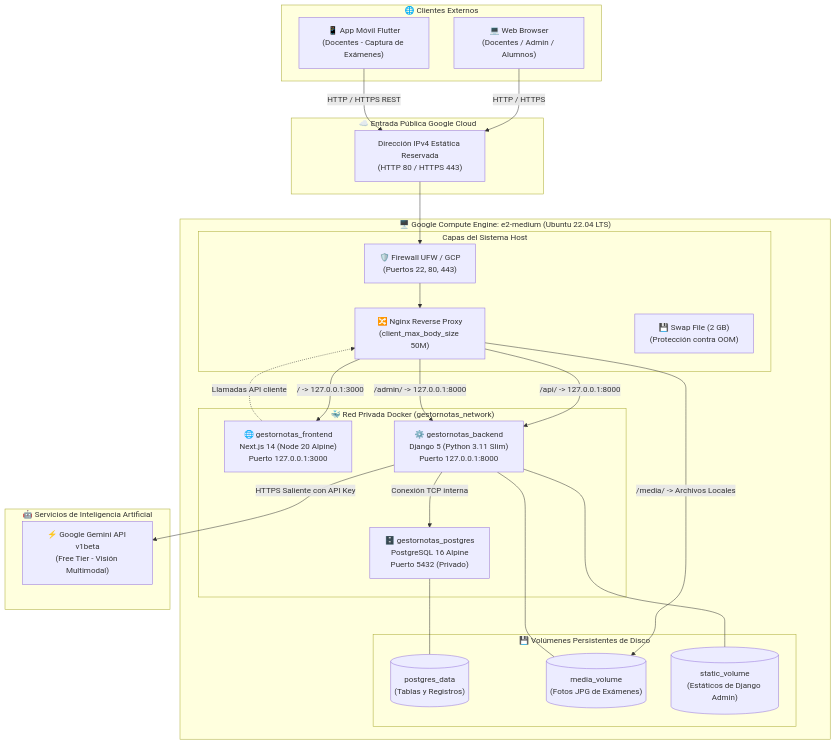
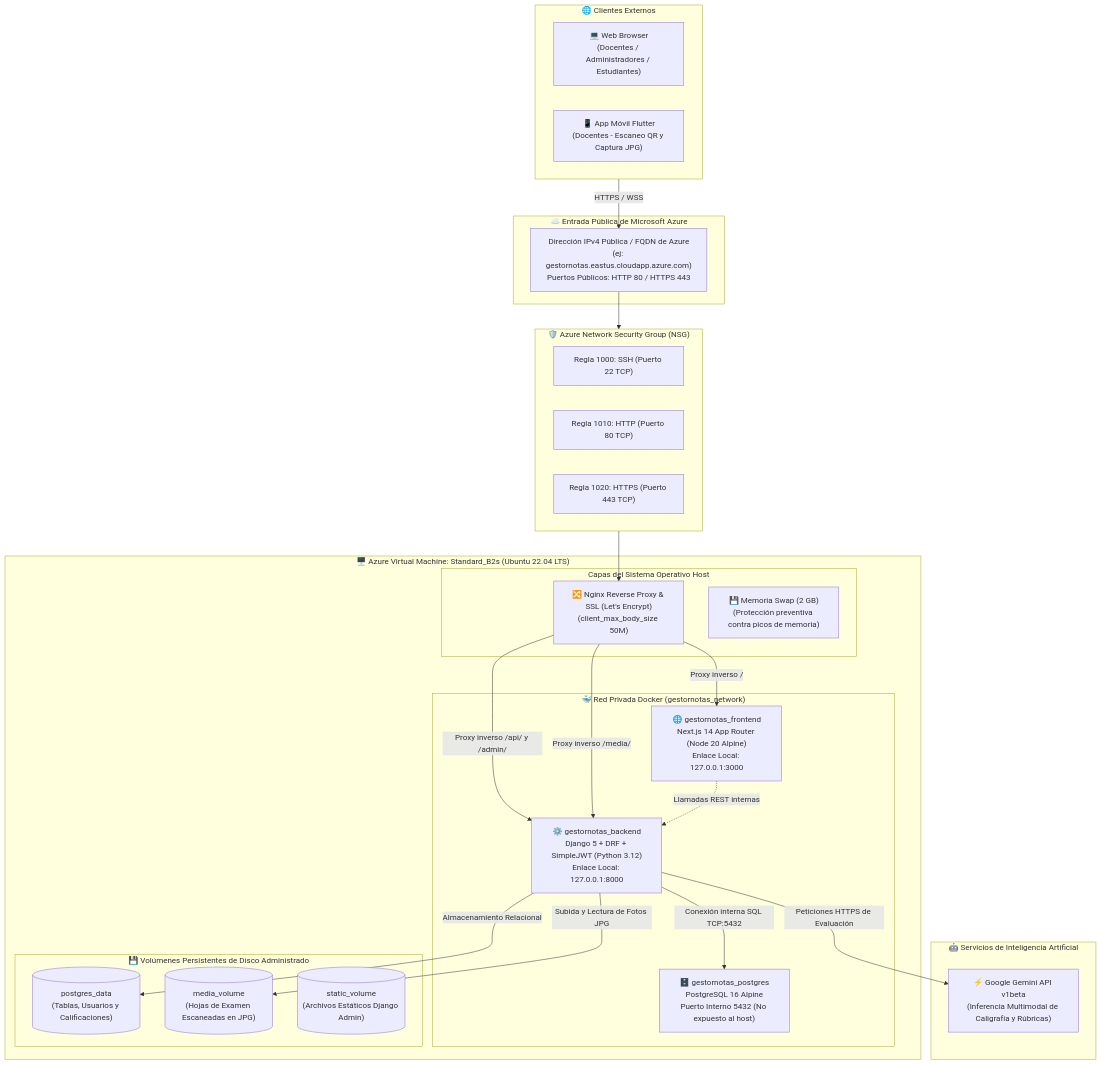
One commit to Thebetus7/SW2-PF-GESTOR-NOTAvF-26-2 changed the first of 2 diagrams in docs/deploy/00_RESUMEN_GENERAL.md. Above: the diagram before and after it, drawn with Mermaid. The commit also changed other lines of this file and 97 other files, not shown here.

Commit message:
feat: initialize project structure with frontend, mobile app, and documentation

````diff
--- a/docs/deploy/00_RESUMEN_GENERAL.md
+++ b/docs/deploy/00_RESUMEN_GENERAL.md
@@ -28,52 +29,52 @@
 ```mermaid
 flowchart TD
     subgraph CLIENTES["🌐 Clientes Externos"]
-        W["💻 Web Browser\n(Docentes / Admin / Alumnos)"]
-        M["📱 App Móvil Flutter\n(Docentes - Captura de Exámenes)"]
+        W["💻 Web Browser\n(Docentes / Administradores / Estudiantes)"]
+        M["📱 App Móvil Flutter\n(Docentes - Escaneo QR y Captura JPG)"]
     end
 
-    subgraph RED_PUBLICA["☁️ Entrada Pública Google Cloud"]
-        IP["Dirección IPv4 Estática Reservada\n(HTTP 80 / HTTPS 443)"]
+    subgraph RED_PUBLICA_AZURE["☁️ Entrada Pública de Microsoft Azure"]
+        IP["Dirección IPv4 Pública / FQDN de Azure\n(ej: gestornotas.eastus.cloudapp.azure.com)\nPuertos Públicos: HTTP 80 / HTTPS 443"]
     end
 
-    subgraph VM_GCP["🖥️ Google Compute Engine: e2-medium (Ubuntu 22.04 LTS)"]
-        subgraph HOST_SERVICES["Capas del Sistema Host"]
-            FW["🛡️ Firewall UFW / GCP\n(Puertos 22, 80, 443)"]
-            NGINX["🔀 Nginx Reverse Proxy\n(client_max_body_size 50M)"]
-            SWAP["💾 Swap File (2 GB)\n(Protección contra OOM)"]
+    subgraph NSG["🛡️ Azure Network Security Group (NSG)"]
+        RULE_SSH["Regla 1000: SSH (Puerto 22 TCP)"]
+        RULE_HTTP["Regla 1010: HTTP (Puerto 80 TCP)"]
+        RULE_HTTPS["Regla 1020: HTTPS (Puerto 443 TCP)"]
+    end
+
+    subgraph VM_AZURE["🖥️ Azure Virtual Machine: Standard_B2s (Ubuntu 22.04 LTS)"]
+        subgraph HOST_SERVICES["Capas del Sistema Operativo Host"]
+            NGINX["🔀 Nginx Reverse Proxy & SSL (Let's Encrypt)\n(client_max_body_size 50M)"]
+            SWAP["💾 Memoria Swap (2 GB)\n(Protección preventiva contra picos de memoria)"]
         end
 
         subgraph DOCKER_COMPOSE["🐳 Red Privada Docker (gestornotas_network)"]
-            FE["🌐 gestornotas_frontend\nNext.js 14 (Node 20 Alpine)\nPuerto 127.0.0.1:3000"]
-            BE["⚙️ gestornotas_backend\nDjango 5 (Python 3.11 Slim)\nPuerto 127.0.0.1:8000"]
-            DB["🗄️ gestornotas_postgres\nPostgreSQL 16 Alpine\nPuerto 5432 (Privado)"]
+            FE["🌐 gestornotas_frontend\nNext.js 14 App Router (Node 20 Alpine)\nEnlace Local: 127.0.0.1:3000"]
+            BE["⚙️ gestornotas_backend\nDjango 5 + DRF + SimpleJWT (Python 3.12)\nEnlace Local: 127.0.0.1:8000"]
+            DB["🗄️ gestornotas_postgres\nPostgreSQL 16 Alpine\nPuerto Interno 5432 (No expuesto al host)"]
         end
 
-        subgraph VOLUMENES["💾 Volúmenes Persistentes de Disco"]
-            VOL_DB[("postgres_data\n(Tablas y Registros)")]
-            VOL_MEDIA[("media_volume\n(Fotos JPG de Exámenes)")]
-            VOL_STATIC[("static_volume\n(Estáticos de Django Admin)")]
+        subgraph VOLUMENES["💾 Volúmenes Persistentes de Disco Administrado"]
+            VOL_DB[("postgres_data\n(Tablas, Usuarios y Calificaciones)")]
+            VOL_MEDIA[("media_volume\n(Hojas de Examen Escaneadas en JPG)")]
+            VOL_STATIC[("static_volume\n(Archivos Estáticos Django Admin)")]
         end
     end
 
     subgraph CLOUD_EXTERNO["🤖 Servicios de Inteligencia Artificial"]
-        GEMINI["⚡ Google Gemini API v1beta\n(Free Tier - Visión Multimodal)"]
+        GEMINI["⚡ Google Gemini API v1beta\n(Inferencia Multimodal de Caligrafía y Rúbricas)"]
     end
 
-    W -->|HTTP / HTTPS| IP
-    M -->|HTTP / HTTPS REST| IP
-    IP --> FW
-    FW --> NGINX
-
-    NGINX -->|/ -> 127.0.0.1:3000| FE
-    NGINX -->|/api/ -> 127.0.0.1:8000| BE
-    NGINX -->|/admin/ -> 127.0.0.1:8000| BE
-    NGINX -->|/media/ -> Archivos Locales| VOL_MEDIA
-
-    FE -.->|Llamadas API cliente| NGINX
-    BE -->|Conexión TCP interna| DB
-    DB --- VOL_DB
-    BE --- VOL_MEDIA
-    BE --- VOL_STATIC
-    BE -->|HTTPS Saliente con API Key| GEMINI
+    CLIENTES -->|HTTPS / WSS| IP
+    IP --> NSG
+    NSG --> NGINX
+    NGINX -->|Proxy inverso /| FE
+    NGINX -->|Proxy inverso /api/ y /admin/| BE
+    NGINX -->|Proxy inverso /media/| BE
+    FE -.->|Llamadas REST internas| BE
+    BE -->|Conexión interna SQL TCP:5432| DB
+    BE -->|Subida y Lectura de Fotos JPG| VOL_MEDIA
+    BE -->|Almacenamiento Relacional| VOL_DB
+    BE -->|Peticiones HTTPS de Evaluación| GEMINI
 ```
````
